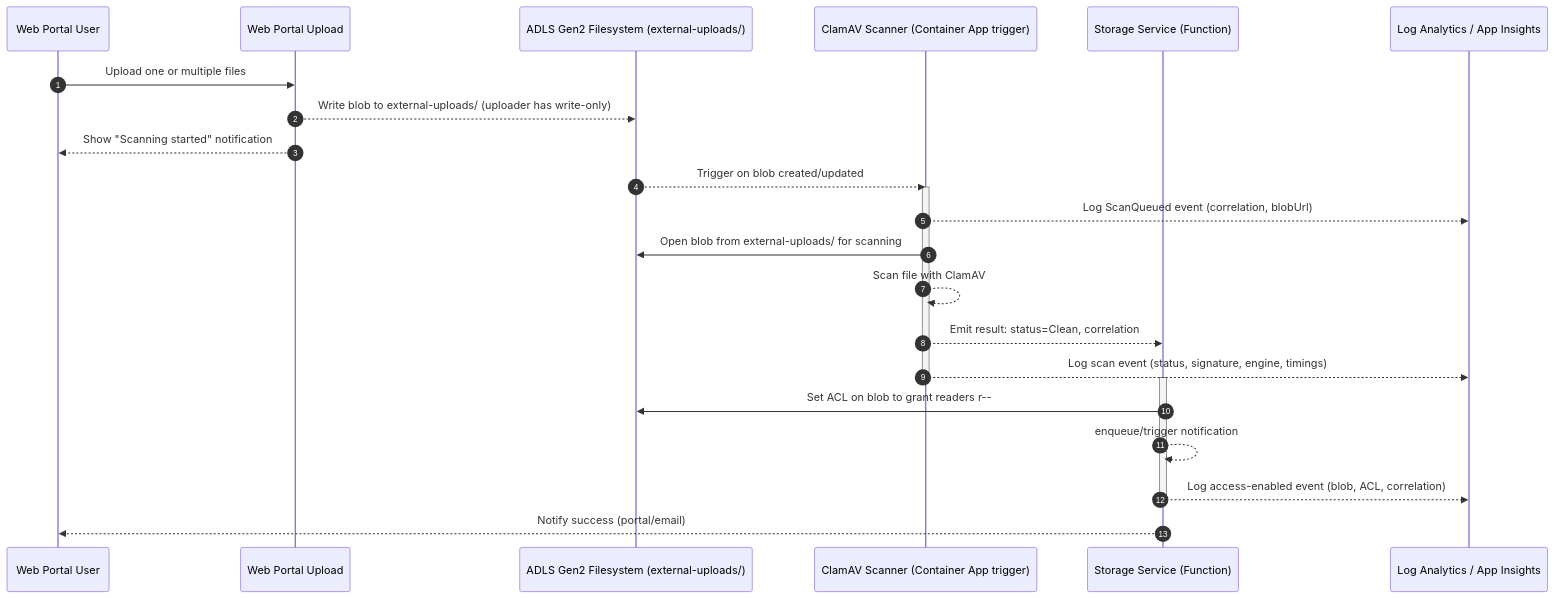
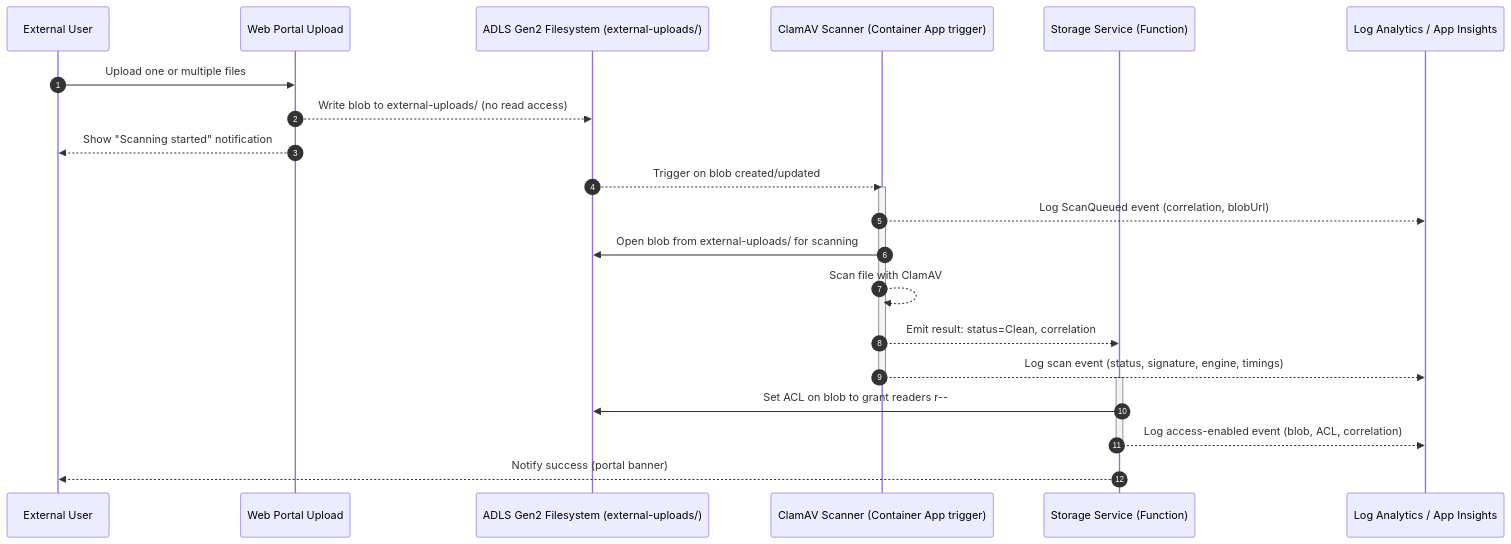
Before and after one commit to ssc-sp/datahub-docs: the first of 2 diagrams in DeveloperGuide/ClamAV/clamav-ACLs.md, drawn with Mermaid. The commit also changed other lines of this file, not shown here.

````diff
--- a/DeveloperGuide/ClamAV/clamav-ACLs.md
+++ b/DeveloperGuide/ClamAV/clamav-ACLs.md
@@ -28,28 +28,27 @@
 ```mermaid
 sequenceDiagram
 autonumber
-participant U as Web Portal User
+participant U as External User
 participant UC as Web Portal Upload
 participant FS as ADLS Gen2 Filesystem (external-uploads/)
 participant AV as ClamAV Scanner (Container App trigger)
 participant AS as Storage Service (Function)
 participant L as Log Analytics / App Insights
 
 U->>UC: Upload one or multiple files
-UC-->>FS: Write blob to external-uploads/ (uploader has write-only)
+UC-->>FS: Write blob to external-uploads/ (no read access)
 UC-->>U: Show "Scanning started" notification
 FS-->>AV: Trigger on blob created/updated
 activate AV
 AV-->>L: Log ScanQueued event (correlation, blobUrl)
 AV->>FS: Open blob from external-uploads/ for scanning
 AV-->>AV: Scan file with ClamAV
 AV-->>AS: Emit result: status=Clean, correlation
 AV-->>L: Log scan event (status, signature, engine, timings)
 deactivate AV
 activate AS
 AS->>FS: Set ACL on blob to grant readers r--
-AS-->>AS: enqueue/trigger notification
 AS-->>L: Log access-enabled event (blob, ACL, correlation)
 deactivate AS
-AS-->>U: Notify success (portal/email)
+AS-->>U: Notify success (portal banner)
 ```
````
